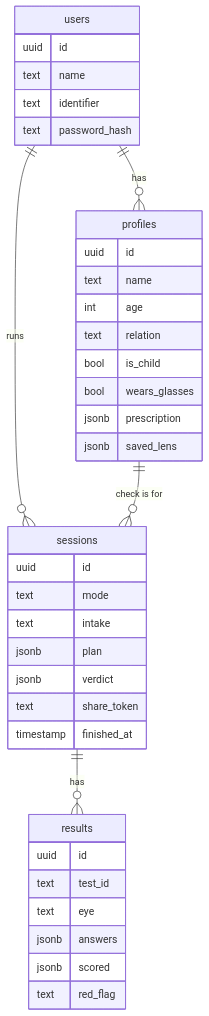
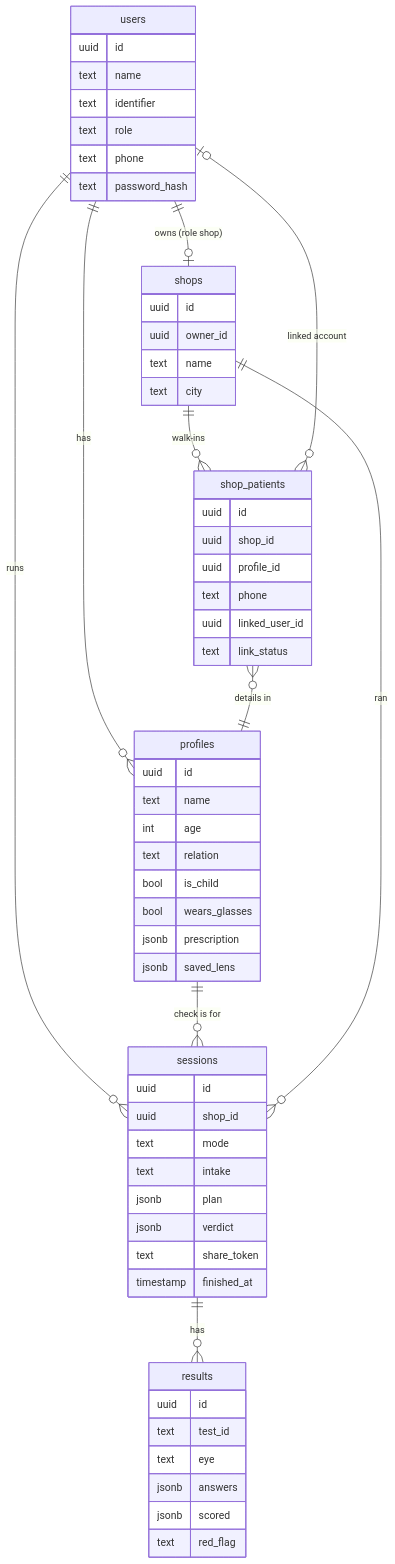
The third of 3 diagrams in docs/ARCHITECTURE.md (swaindhruti/visus-eye-screening-app), drawn with Mermaid before and after one commit. The commit also changed other lines of this file and 5 other files, not shown here.

Commit message:
docs: shop portal in README, SCREENS, ARCHITECTURE, WORK and progress

````diff
--- a/docs/ARCHITECTURE.md
+++ b/docs/ARCHITECTURE.md
@@ -118,12 +119,19 @@
 ```mermaid
 erDiagram
   users ||--o{ profiles : has
   users ||--o{ sessions : runs
   profiles ||--o{ sessions : "check is for"
   sessions ||--o{ results : has
+  users ||--o| shops : "owns (role shop)"
+  shops ||--o{ shop_patients : "walk-ins"
+  shop_patients }o--|| profiles : "details in"
+  shop_patients }o--o| users : "linked account"
+  shops ||--o{ sessions : "ran"
 
-  users { uuid id  text name  text identifier  text password_hash }
+  users { uuid id  text name  text identifier  text role  text phone  text password_hash }
+  shops { uuid id  uuid owner_id  text name  text city }
+  shop_patients { uuid id  uuid shop_id  uuid profile_id  text phone  uuid linked_user_id  text link_status }
   profiles { uuid id  text name  int age  text relation  bool is_child  bool wears_glasses  jsonb prescription  jsonb saved_lens }
-  sessions { uuid id  text mode  text intake  jsonb plan  jsonb verdict  text share_token  timestamp finished_at }
+  sessions { uuid id  uuid shop_id  text mode  text intake  jsonb plan  jsonb verdict  text share_token  timestamp finished_at }
   results { uuid id  text test_id  text eye  jsonb answers  jsonb scored  text red_flag }
 ```
````
